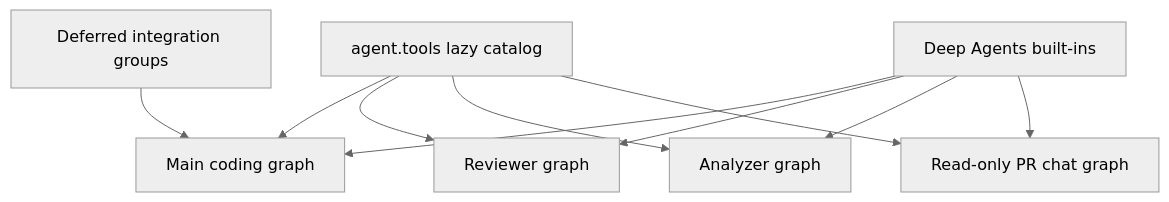
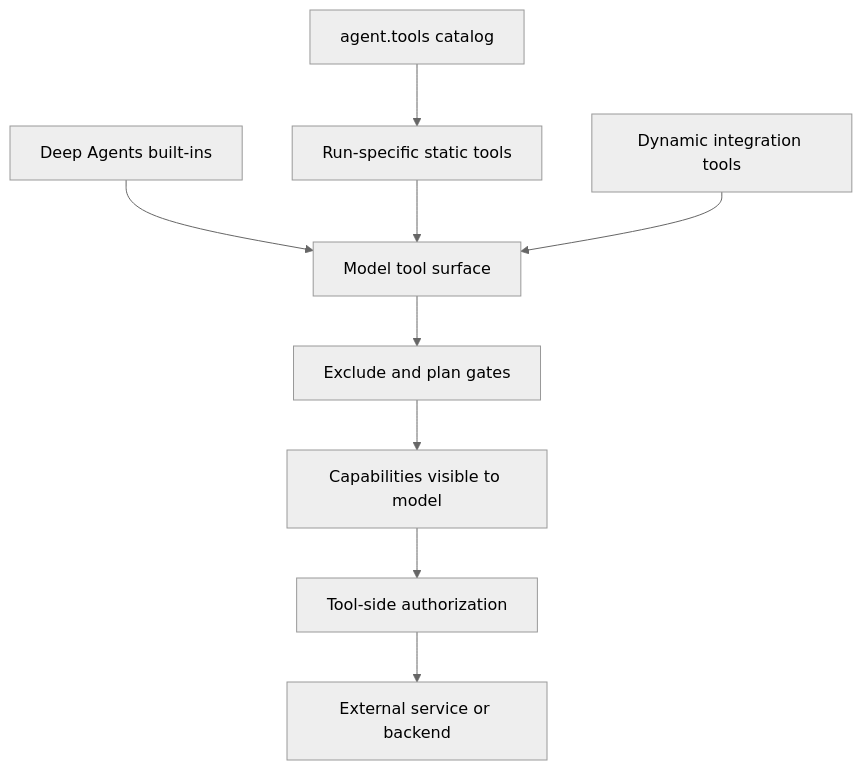
The first of 2 diagrams in openwiki/concepts/tools.md (langchain-ai/open-swe), drawn with Mermaid (neutral theme) before and after one commit. The commit also changed other lines of this file and 51 other files, not shown here.

````diff
--- a/openwiki/concepts/tools.md
+++ b/openwiki/concepts/tools.md
@@ -53,20 +49,11 @@
 ```mermaid
 flowchart TD
-    Catalog["agent.tools lazy catalog"]
-    Main["Main coding graph"]
-    Reviewer["Reviewer graph"]
-    Analyzer["Analyzer graph"]
-    Chat["Read-only PR chat graph"]
-    Builtins["Deep Agents built-ins"]
-    Deferred["Deferred integration groups"]
-
-    Catalog --> Main
-    Catalog --> Reviewer
-    Catalog --> Analyzer
-    Catalog --> Chat
-    Builtins --> Main
-    Builtins --> Reviewer
-    Builtins --> Analyzer
-    Builtins --> Chat
-    Deferred --> Main
+    Catalog["agent.tools catalog"] --> Static["Run-specific static tools"]
+    Builtins["Deep Agents built-ins"] --> Surface["Model tool surface"]
+    Static --> Surface
+    Dynamic["Dynamic integration tools"] --> Surface
+    Surface --> Exclude["Exclude and plan gates"]
+    Exclude --> Model["Capabilities visible to model"]
+    Model --> ToolGate["Tool-side authorization"]
+    ToolGate --> Service["External service or backend"]
 ```
````
